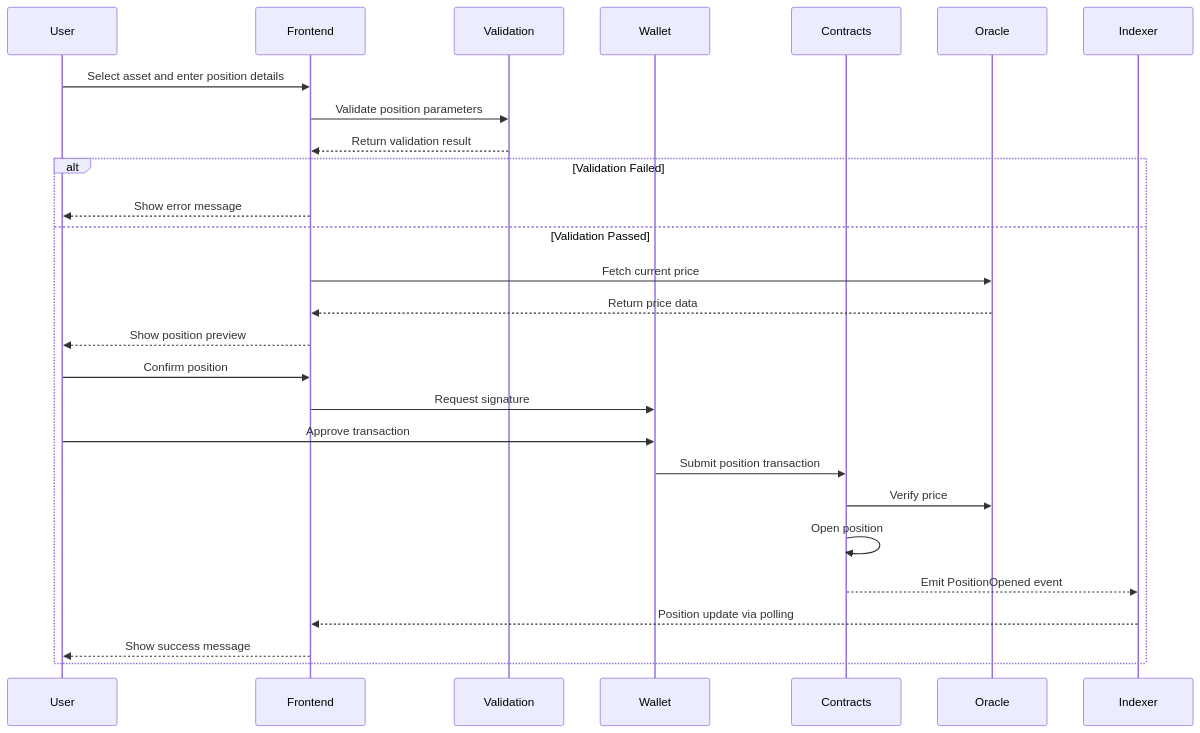
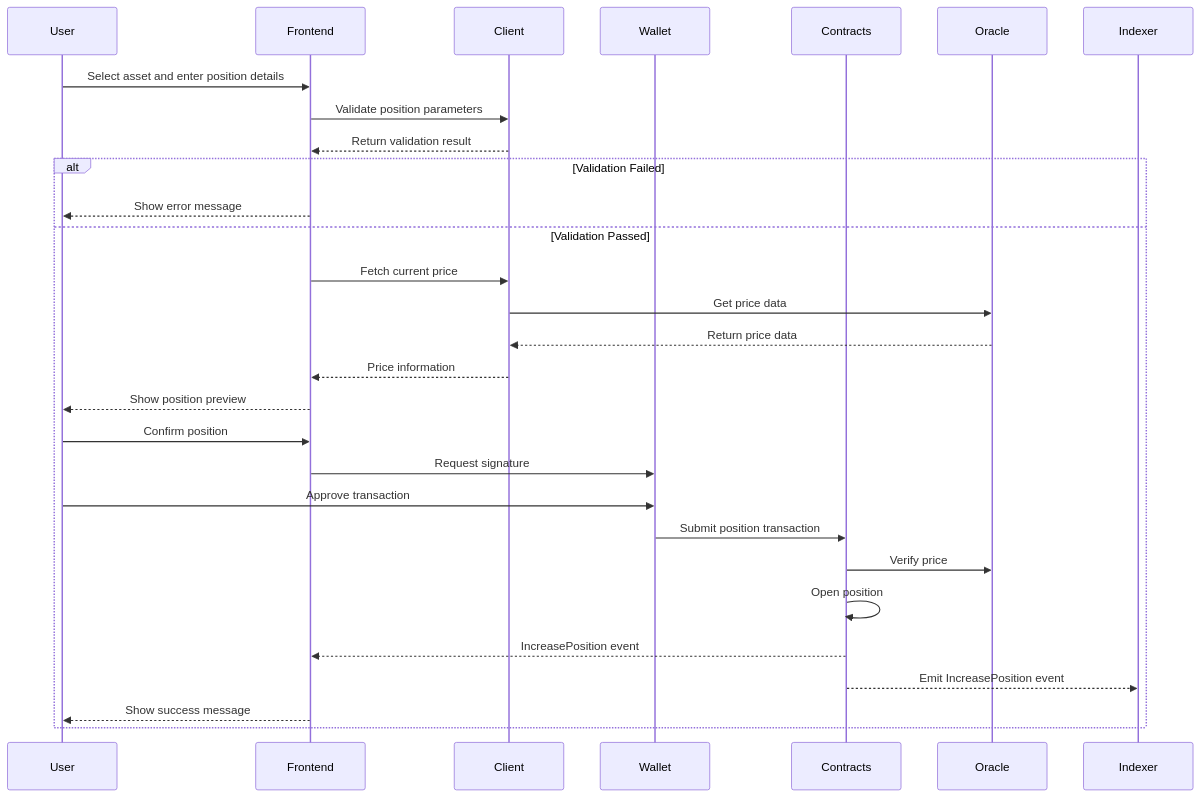
One commit to dydxprotocol/v4-web changed the second of 15 diagrams in project-stories-breakdown-reorganized.md. Above: the diagram before and after it, drawn with Mermaid. The commit also changed other lines of this file, not shown here.

````diff
--- a/project-stories-breakdown-reorganized.md
+++ b/project-stories-breakdown-reorganized.md
@@ -757,31 +485,33 @@
 ```mermaid
 sequenceDiagram
     participant User
     participant Frontend
-    participant Validation
+    participant Client
     participant Wallet
     participant Contracts
     participant Oracle
     participant Indexer
     
     User->>Frontend: Select asset and enter position details
-    Frontend->>Validation: Validate position parameters
-    Validation-->>Frontend: Return validation result
+    Frontend->>Client: Validate position parameters
+    Client-->>Frontend: Return validation result
     
     alt Validation Failed
         Frontend-->>User: Show error message
     else Validation Passed
-        Frontend->>Oracle: Fetch current price
-        Oracle-->>Frontend: Return price data
+        Frontend->>Client: Fetch current price
+        Client->>Oracle: Get price data
+        Oracle-->>Client: Return price data
+        Client-->>Frontend: Price information
         Frontend-->>User: Show position preview
         User->>Frontend: Confirm position
         Frontend->>Wallet: Request signature
         User->>Wallet: Approve transaction
         Wallet->>Contracts: Submit position transaction
         Contracts->>Oracle: Verify price
         Contracts->>Contracts: Open position
-        Contracts-->>Indexer: Emit PositionOpened event
-        Indexer-->>Frontend: Position update via polling
+        Contracts-->>Frontend: IncreasePosition event
+        Contracts-->>Indexer: Emit IncreasePosition event
         Frontend-->>User: Show success message
     end
 ```
````
